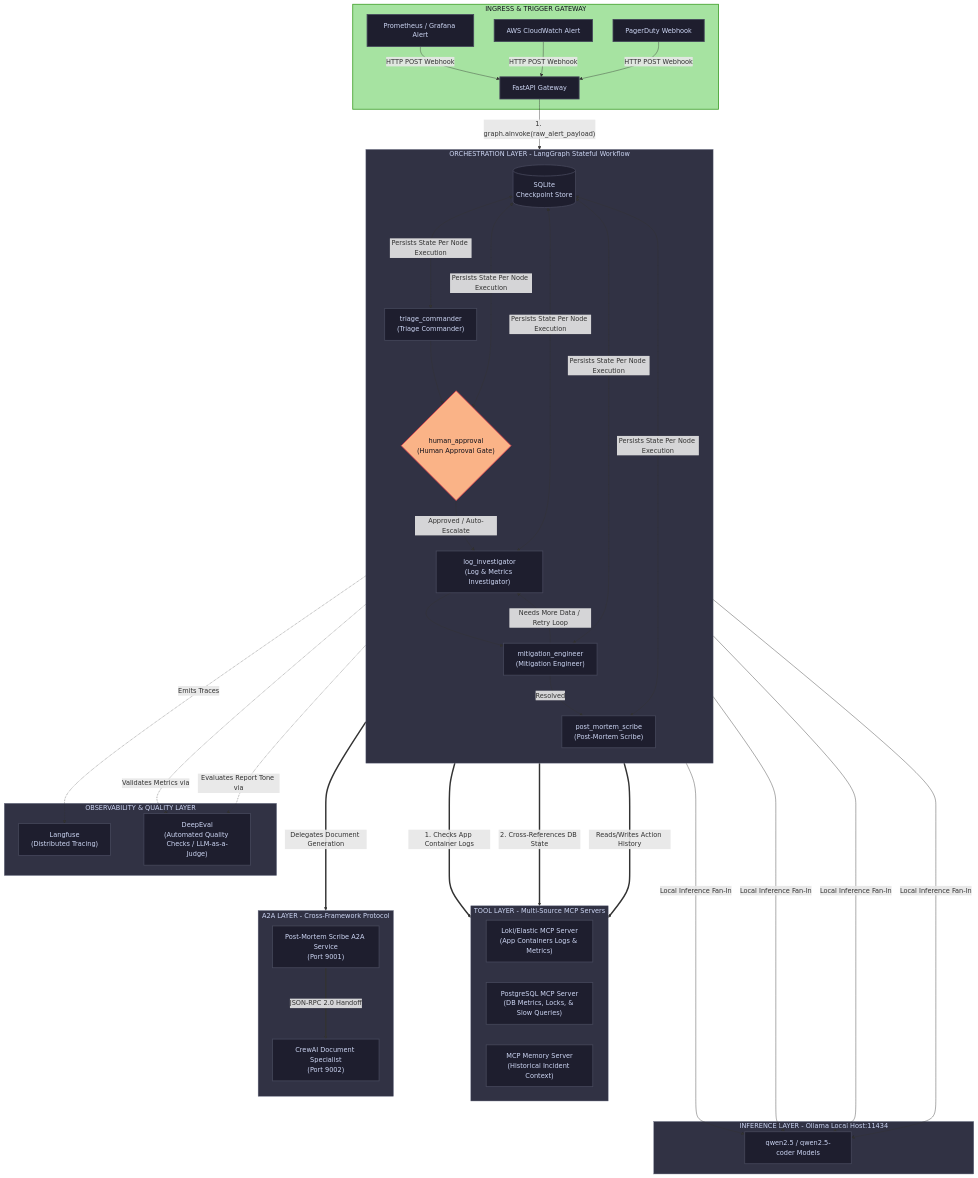
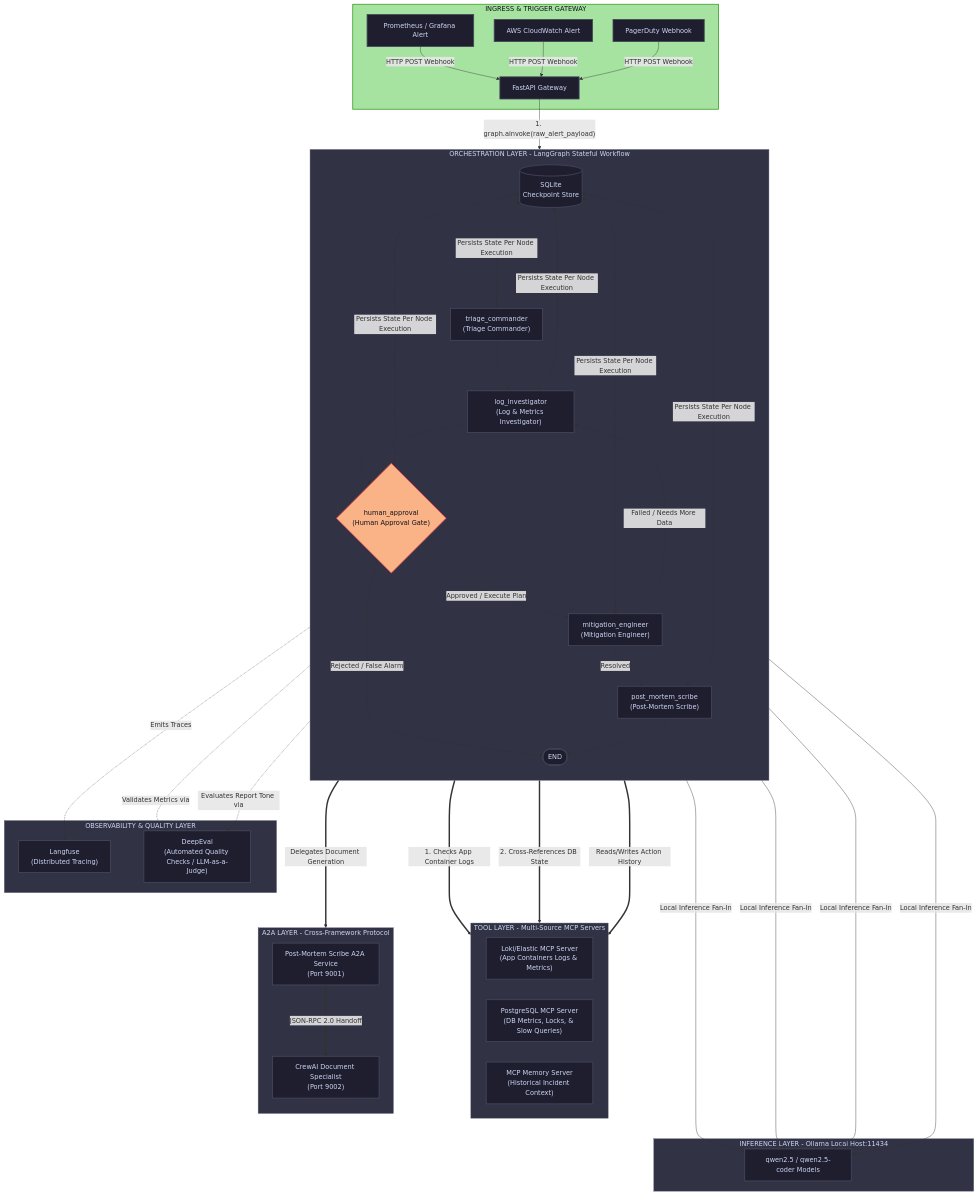
One commit to aahj/automated-infrastructure-and-post-mortem-engine changed the second of 2 diagrams in README.md. Above: the diagram before and after it, drawn with Mermaid. The commit also changed other lines of this file and 3 other files, not shown here.

Commit message:
feat: added graph workflow

```diff
--- a/README.md
+++ b/README.md
@@ -18,23 +52,28 @@
         %% Entry Node
         TP[triage_commander<br/>#40;Triage Commander#41;]
         
-        %% Checkpoint Gate
+        %% Core Diagnostic Node (Read-Only)
+        LI[log_investigator<br/>#40;Log & Metrics Investigator#41;]
+        
+        %% Stateful Intercept (Write-Protection Gate)
         HA{human_approval<br/>#40;Human Approval Gate#41;}
         
-        %% Core Execution Nodes
-        LI[log_investigator<br/>#40;Log & Metrics Investigator#41;]
+        %% Core Action & Report Nodes
         ME[mitigation_engineer<br/>#40;Mitigation Engineer#41;]
         PMS[post_mortem_scribe<br/>#40;Post-Mortem Scribe#41;]
         
         %% Flow Connections
-        TP --> HA
-        HA -->|Approved / Auto-Escalate| LI
-        LI --> ME
+        TP --> LI
+        LI --> HA
+        HA -->|Approved / Execute Plan| ME
+        HA -->|Rejected / False Alarm| END_NODE([END])
+        
         ME -->|Resolved| PMS
-        ME -->|Needs More Data / Retry Loop| LI
+        ME -->|Failed / Needs More Data| LI
+        PMS --> END_NODE
         
         %% Checkpoint Storage
-        DB[(SQLite<br/>Checkpoint Store)] <--->|Persists State Per Node Execution| TP & HA & LI & ME & PMS
+        DB[(SQLite<br/>Checkpoint Store)] <--->|Persists State Per Node Execution| TP & LI & HA & ME & PMS
     end
 
     %% Webhook transfers raw payload straight to initial state graph execution
```
